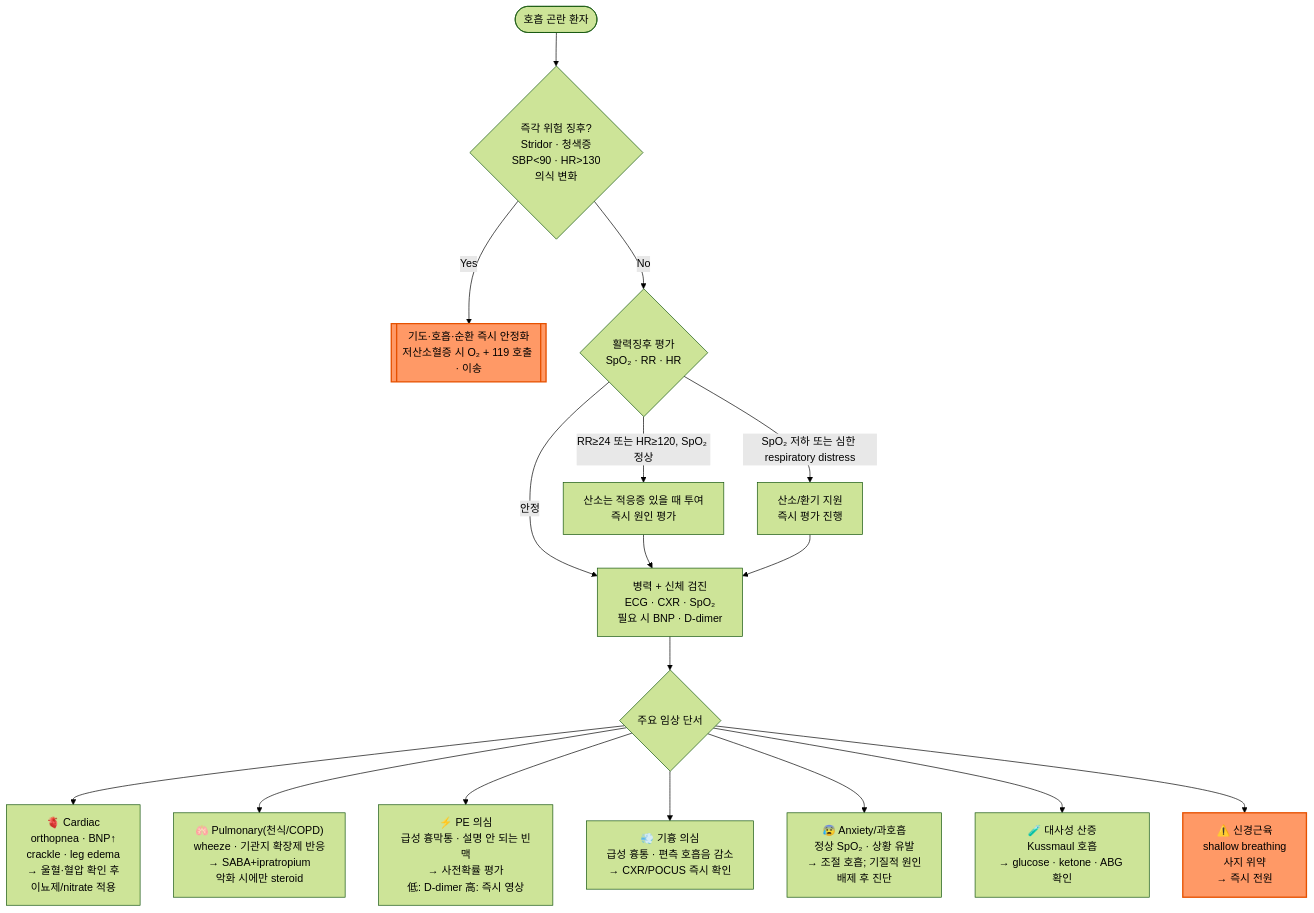
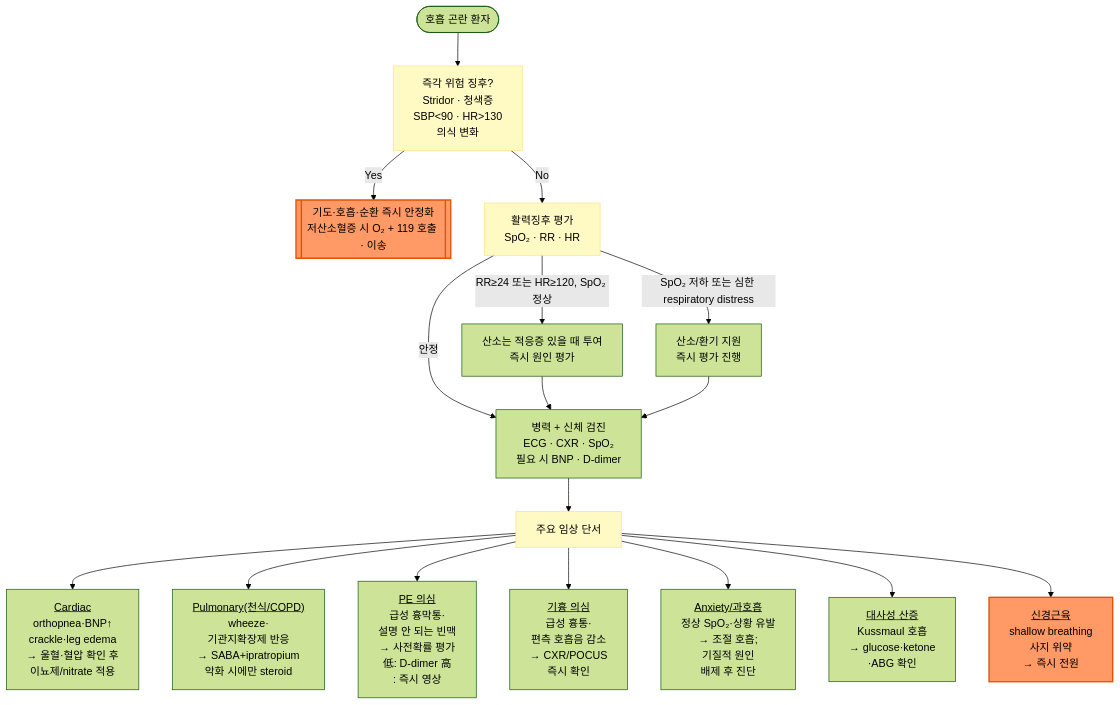
Before and after one commit to familyoh77/familyoh77: the diagram in 220_/007_-dyspnea.md, drawn with Mermaid (forest theme). The commit also changed other lines of this file, not shown here.

````diff
--- a/220_/007_-dyspnea.md
+++ b/220_/007_-dyspnea.md
@@ -214,22 +246,24 @@
 ```mermaid
 graph TD
-    A([호흡 곤란 환자]) --> B{"즉각 위험 징후?<br/>Stridor · 청색증<br/>SBP<90 · HR>130<br/>의식 변화"}
+    A([호흡 곤란 환자]) --> B["즉각 위험 징후?<br/>Stridor · 청색증<br/>SBP<90 · HR>130<br/>의식 변화"]
     B -->|Yes| C[["기도·호흡·순환 즉시 안정화<br/>저산소혈증 시 O₂ + 119 호출 · 이송"]]
-    B -->|No| D{"활력징후 평가<br/>SpO₂ · RR · HR"}
+    B -->|No| D["활력징후 평가<br/>SpO₂ · RR · HR"]
     D -->|SpO₂ 저하 또는 심한 respiratory distress| E["산소/환기 지원<br/>즉시 평가 진행"]
     D -->|RR≥24 또는 HR≥120, SpO₂ 정상| M["산소는 적응증 있을 때 투여<br/>즉시 원인 평가"]
     D -->|안정| F["병력 + 신체 검진<br/>ECG · CXR · SpO₂<br/>필요 시 BNP · D-dimer"]
     M --> F
     E --> F
-    F --> G{주요 임상 단서}
-    G --> H["🫀 Cardiac<br/>orthopnea · BNP↑<br/>crackle · leg edema<br/>→ 울혈·혈압 확인 후<br/>이뇨제/nitrate 적용"]
-    G --> I["🫁 Pulmonary(천식/COPD)<br/>wheeze · 기관지 확장제 반응<br/>→ SABA+ipratropium<br/>악화 시에만 steroid"]
-    G --> J["⚡ PE 의심<br/>급성 흉막통 · 설명 안 되는 빈맥<br/>→ 사전확률 평가<br/>低: D-dimer 高: 즉시 영상"]
-    G --> N["💨 기흉 의심<br/>급성 흉통 · 편측 호흡음 감소<br/>→ CXR/POCUS 즉시 확인"]
-    G --> K1["😰 Anxiety/과호흡<br/>정상 SpO₂ · 상황 유발<br/>→ 조절 호흡; 기질적 원인<br/>배제 후 진단"]
-    G --> K2["🧪 대사성 산증<br/>Kussmaul 호흡<br/>→ glucose · ketone · ABG 확인"]
-    G --> L["⚠️ 신경근육<br/>shallow breathing<br/>사지 위약<br/>→ 즉시 전원"]
-
+    F --> G[주요 임상 단서]
+    G --> H["<u>Cardiac</u><br/>orthopnea·BNP↑<br/>crackle·leg edema<br/>→ 울혈·혈압 확인 후<br/>이뇨제/nitrate 적용"]
+    G --> I["<u>Pulmonary(천식/COPD)</u><br/>wheeze·<br/>기관지확장제 반응<br/>→ SABA+ipratropium<br/>악화 시에만 steroid"]
+    G --> J["<u>PE 의심</u><br/>급성 흉막통·<br/>설명 안 되는 빈맥<br/>→ 사전확률 평가<br/>低: D-dimer 高<br/>: 즉시 영상"]
+    G --> N["<u>기흉 의심</u><br/>급성 흉통·<br/>편측 호흡음 감소<br/>→ CXR/POCUS <br/>즉시 확인"]
+    G --> K1["<u>Anxiety/과호흡</u><br/>정상 SpO₂·상황 유발<br/>→ 조절 호흡;<br/> 기질적 원인<br/>배제 후 진단"]
+    G --> K2["<u>대사성 산증</u><br/>Kussmaul 호흡<br/>→ glucose·ketone<br/>·ABG 확인"]
+    G --> L["<u>신경근육</u><br/>shallow breathing<br/>사지 위약<br/>→ 즉시 전원"]
     style C fill:#f96,stroke:#e65100,stroke-width:2px
     style L fill:#f96,stroke:#e65100,stroke-width:2px
+
+classDef yellow fill:#fff9c4,stroke:#ffe082
+class B,D,G yellow
 ```
````
